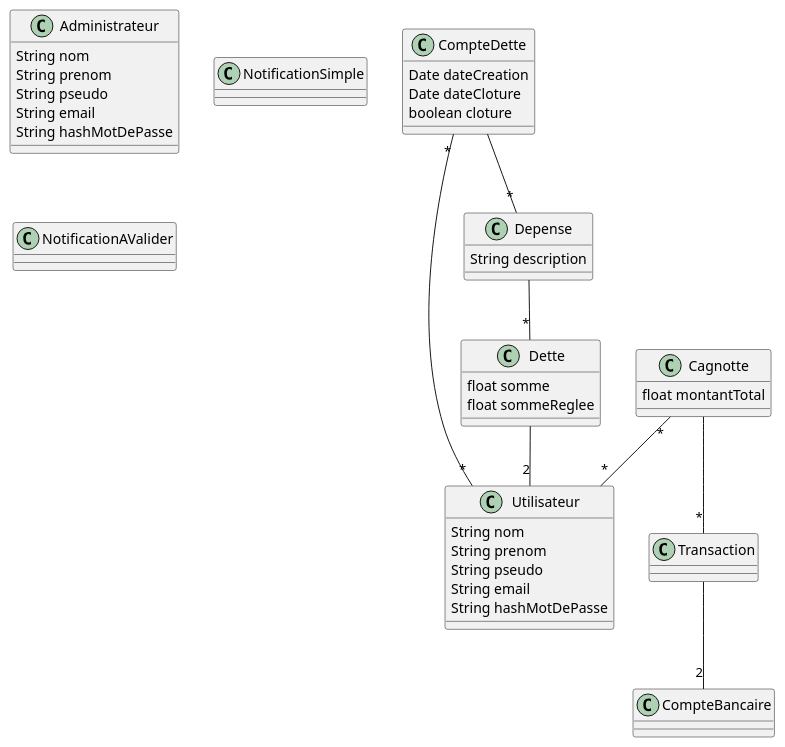
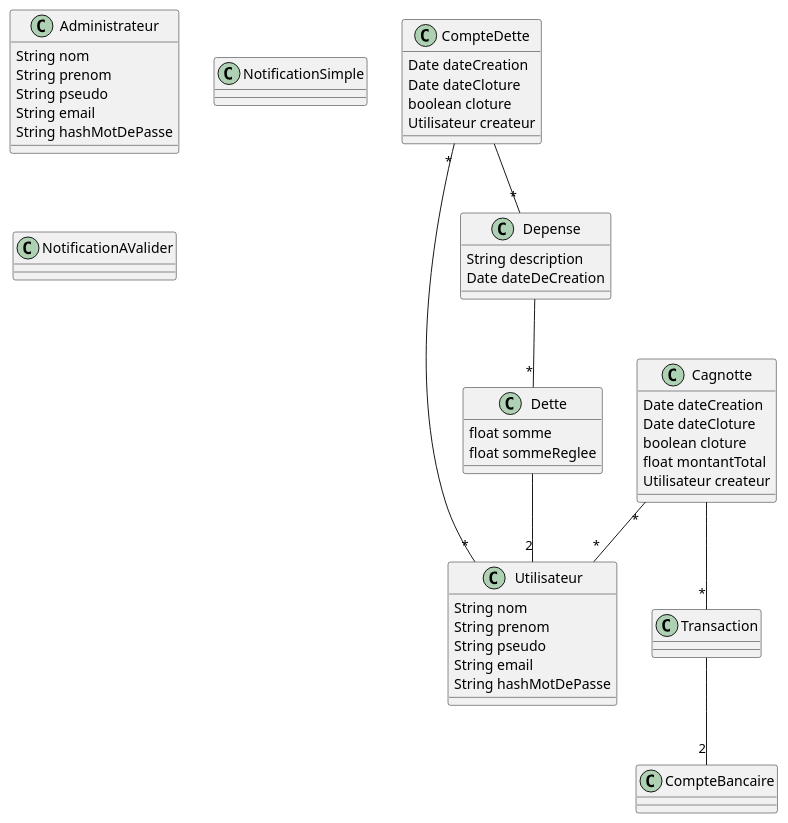
The diagram in diagrammes/specification/description-donnees/classes.puml (lmtb06/sharecount), drawn with PlantUML before and after one commit. The commit also changed 24 other files, not shown here.

Commit message:
- Cleanup et retravail du diagramme - Fin des diagrammes de séquence du package gestion-compte-personnel

```diff
--- a/diagrammes/specification/description-donnees/classes.puml
+++ b/diagrammes/specification/description-donnees/classes.puml
@@ -1,62 +1,68 @@
 @startuml
 	class Utilisateur {
 		String nom
 		String prenom
 		String pseudo
 		String email
 		String hashMotDePasse
 	}
 
 	class Administrateur {
 		String nom
 		String prenom
 		String pseudo
 		String email
 		String hashMotDePasse
 	}
 
 	class Cagnotte {
+		Date dateCreation
+		Date dateCloture
+		boolean cloture
 		float montantTotal
+		Utilisateur createur
 	}
 
 	Cagnotte "*"--"*" Utilisateur
 	Cagnotte --"*" Transaction
 
 	class CompteDette {
 		Date dateCreation
 		Date dateCloture
 		boolean cloture
+		Utilisateur createur
 	}
 	CompteDette "*"--"*" Utilisateur
 	CompteDette --"*" Depense
 
 	class Depense {
 		String description
+		Date dateDeCreation
 	}
 	Depense --"*" Dette
 
 	class Dette {
 		float somme
 		float sommeReglee
 	}
 	Dette --"2" Utilisateur
 
 	class Transaction {
 
 	}
 
 	Transaction --"2" CompteBancaire
 
 	class CompteBancaire {
 
 	}
 
 	class NotificationSimple {
 
 	}
 
 	class NotificationAValider {
 
 	}
 
 @enduml
```
